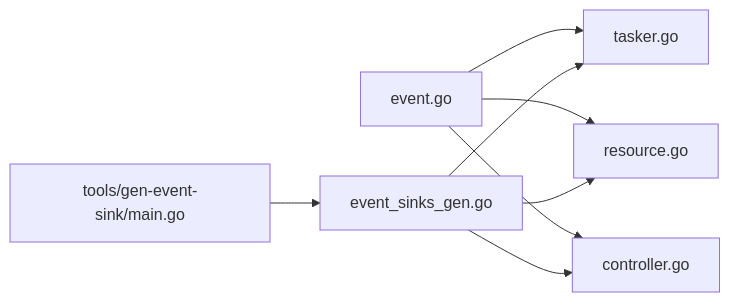
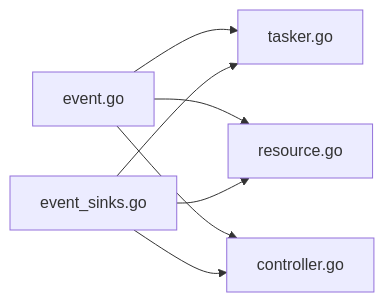
One commit to kqcoxn/MaaPipelineEditor changed the seventh of 7 diagrams in instructions/maafw-golang/核心概念/事件系统 (Event System).md. Above: the diagram before and after it, drawn with Mermaid. The commit also changed other lines of this file and 2 other files, not shown here.

````diff
--- a/instructions/maafw-golang/核心概念/事件系统 (Event System).md
+++ b/instructions/maafw-golang/核心概念/事件系统 (Event System).md
@@ -342,10 +251,9 @@
 ```mermaid
 graph LR
 E["event.go"] --> T["tasker.go"]
 E --> R["resource.go"]
 E --> C["controller.go"]
-M["tools/gen-event-sink/main.go"] --> G["event_sinks_gen.go"]
-G --> T
+G["event_sinks.go"] --> T
 G --> R
 G --> C
 ```
````
